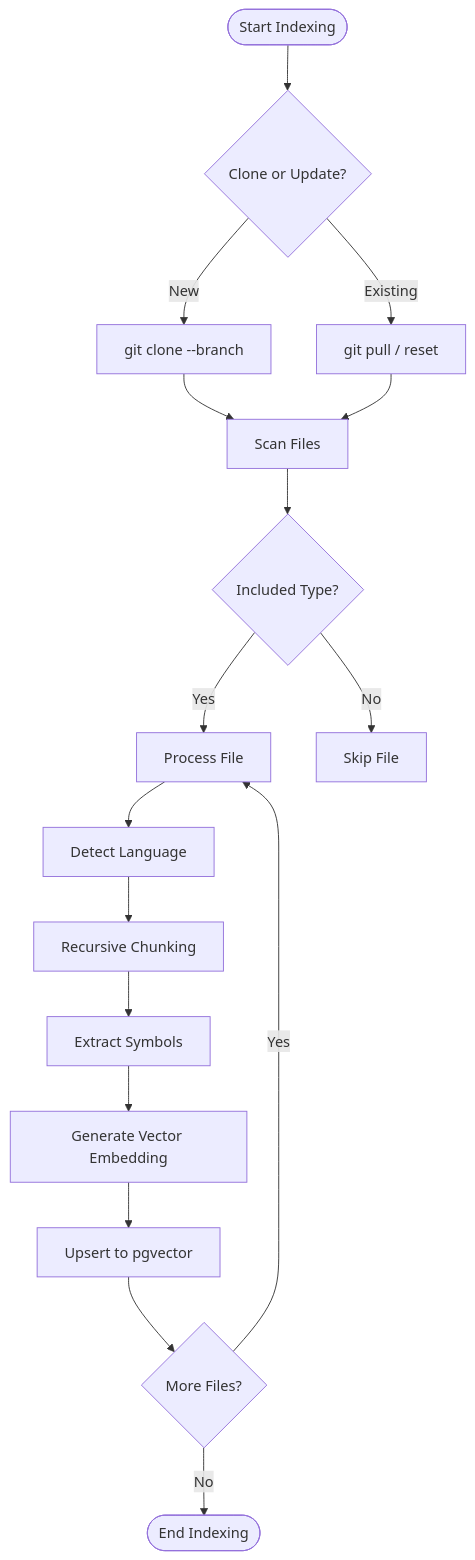
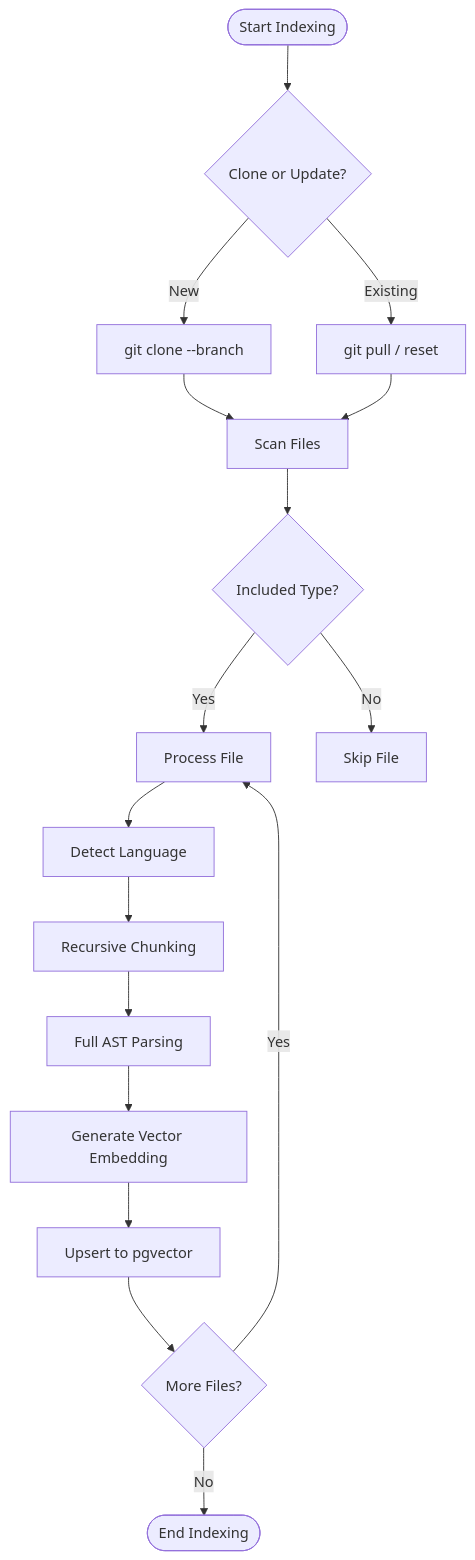
One commit to roshinpv1/codemind changed the second of 3 diagrams in DOCUMENTATION.md. Above: the diagram before and after it, drawn with Mermaid. The commit also changed other lines of this file and 3 other files, not shown here.

````diff
--- a/DOCUMENTATION.md
+++ b/DOCUMENTATION.md
@@ -58,23 +61,23 @@
 ```mermaid
 flowchart TD
     Start([Start Indexing]) --> GitOp{Clone or Update?}
     GitOp -->|New| Clone[git clone --branch]
     GitOp -->|Existing| Pull[git pull / reset]
     
     Clone --> Scan[Scan Files]
     Pull --> Scan
     
     Scan --> Filter{Included Type?}
     Filter -->|Yes| Process[Process File]
     Filter -->|No| Skip[Skip File]
     
     Process --> Lang[Detect Language]
     Lang --> Chunk[Recursive Chunking]
-    Chunk --> Symbols[Extract Symbols]
-    Symbols --> Embed[Generate Vector Embedding]
+    Chunk --> AST[Full AST Parsing]
+    AST --> Embed[Generate Vector Embedding]
     Embed --> Upsert[Upsert to pgvector]
     
     Upsert --> Next{More Files?}
     Next -->|Yes| Process
     Next -->|No| End([End Indexing])
 ```
````
